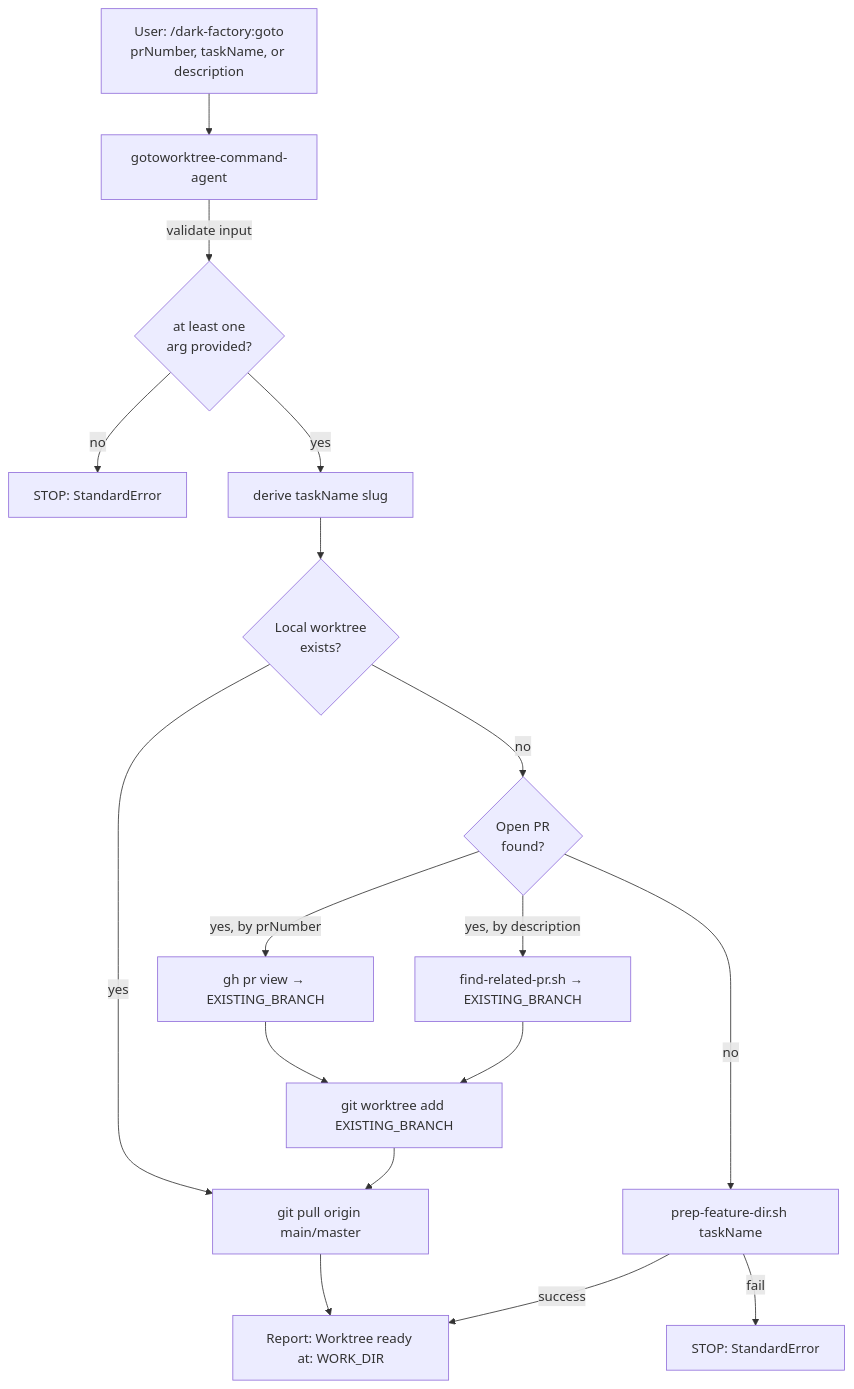
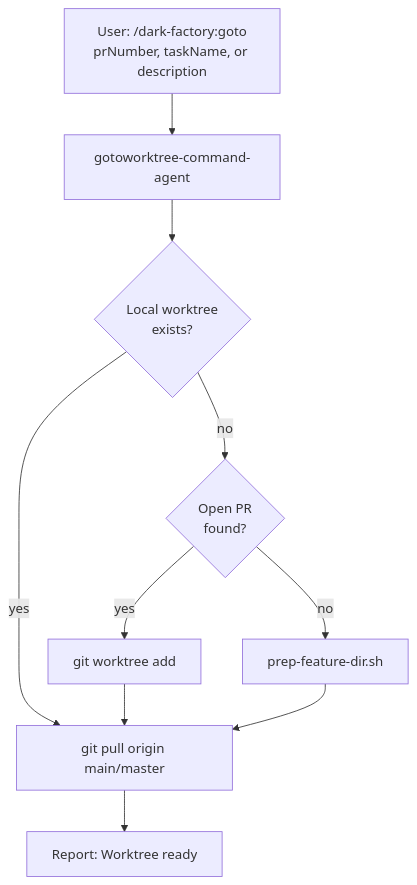
The diagram in docs/docs/gotoworktree-command-agent.md (lewibs/dark-factory), drawn with Mermaid before and after one commit. The commit also changed other lines of this file and 11 other files, not shown here.

````diff
--- a/docs/docs/gotoworktree-command-agent.md
+++ b/docs/docs/gotoworktree-command-agent.md
@@ -13,24 +7,17 @@
 ```mermaid
 flowchart TD
-  User["User: /dark-factory:goto\nprNumber, taskName, or description"] --> GW
+  User["User: /dark-factory:goto<br/>prNumber, taskName, or description"] --> GW
 
   GW["gotoworktree-command-agent"]
 
-  GW -->|"validate input"| CHK{"at least one\narg provided?"}
-  CHK -->|"no"| ERR["STOP: StandardError"]
-  CHK -->|"yes"| SLUG["derive taskName slug"]
+  GW --> LOCAL{"Local worktree<br/>exists?"}
+  LOCAL -->|"yes"| PULL["git pull origin main/master"]
+  PULL --> DONE["Report: Worktree ready"]
 
-  SLUG --> LOCAL{"Local worktree\nexists?"}
-  LOCAL -->|"yes"| PULL["git pull origin main/master"]
-  PULL --> DONE["Report: Worktree ready at: WORK_DIR"]
+  LOCAL -->|"no"| PR_CHK{"Open PR<br/>found?"}
+  PR_CHK -->|"yes"| CREATE["git worktree add"]
+  CREATE --> PULL
 
-  LOCAL -->|"no"| PR_CHK{"Open PR\nfound?"}
-  PR_CHK -->|"yes, by prNumber"| GH_PR["gh pr view → EXISTING_BRANCH"]
-  PR_CHK -->|"yes, by description"| FIND_PR["find-related-pr.sh → EXISTING_BRANCH"]
-  GH_PR & FIND_PR --> WT_ADD["git worktree add EXISTING_BRANCH"]
-  WT_ADD --> PULL
-
-  PR_CHK -->|"no"| PREP["prep-feature-dir.sh taskName"]
-  PREP -->|"fail"| ERR2["STOP: StandardError"]
-  PREP -->|"success"| DONE
+  PR_CHK -->|"no"| PREP["prep-feature-dir.sh"]
+  PREP --> PULL
 ```
````
